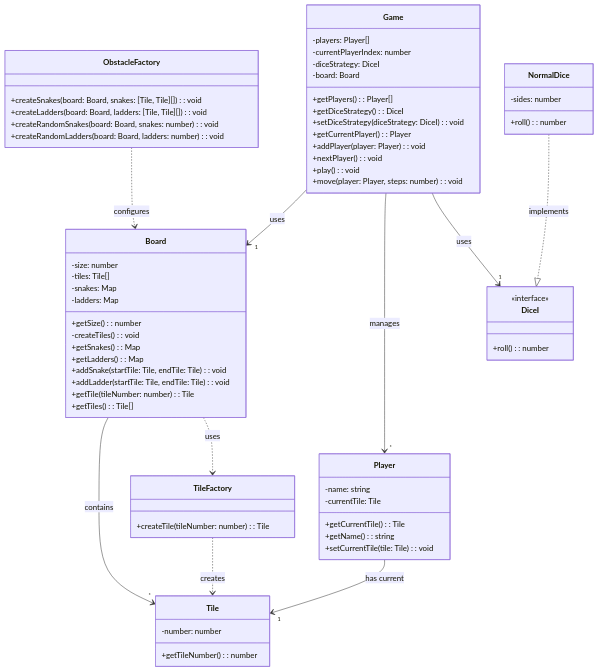
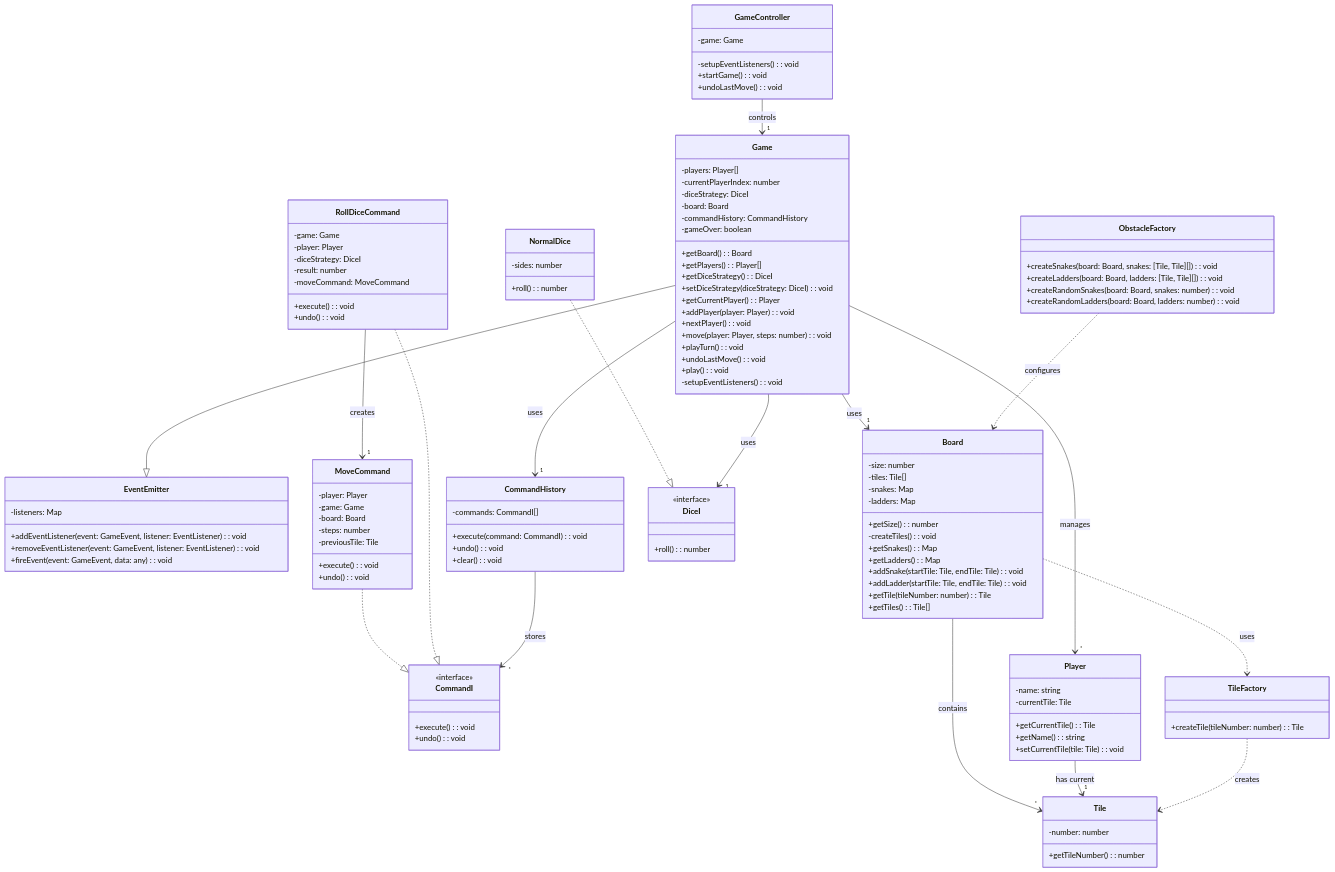
The diagram in Snake-Ladder/Readme.md (kashaf12/LLD-in-Typescript), drawn with Mermaid before and after one commit. The commit also changed other lines of this file and 8 other files, not shown here.

````diff
--- a/Snake-Ladder/Readme.md
+++ b/Snake-Ladder/Readme.md
@@ -50,20 +162,70 @@
 ```mermaid
 classDiagram
+    %% Core Game Classes
     class Game {
         -players: Player[]
         -currentPlayerIndex: number
         -diceStrategy: DiceI
         -board: Board
+        -commandHistory: CommandHistory
+        -gameOver: boolean
+        +getBoard(): Board
         +getPlayers(): Player[]
         +getDiceStrategy(): DiceI
         +setDiceStrategy(diceStrategy: DiceI): void
         +getCurrentPlayer(): Player
         +addPlayer(player: Player): void
         +nextPlayer(): void
+        +move(player: Player, steps: number): void
+        +playTurn(): void
+        +undoLastMove(): void
         +play(): void
-        +move(player: Player, steps: number): void
+        -setupEventListeners(): void
     }
 
+    %% Event System
+    class EventEmitter {
+        -listeners: Map<GameEvent, EventListener[]>
+        +addEventListener(event: GameEvent, listener: EventListener): void
+        +removeEventListener(event: GameEvent, listener: EventListener): void
+        +fireEvent(event: GameEvent, data: any): void
+    }
+
+    %% Command Pattern
+    class CommandHistory {
+        -commands: CommandI[]
+        +execute(command: CommandI): void
+        +undo(): void
+        +clear(): void
+    }
+
+    class CommandI {
+        <<interface>>
+        +execute(): void
+        +undo(): void
+    }
+
+    class MoveCommand {
+        -player: Player
+        -game: Game
+        -board: Board
+        -steps: number
+        -previousTile: Tile
+        +execute(): void
+        +undo(): void
+    }
+
+    class RollDiceCommand {
+        -game: Game
+        -player: Player
+        -diceStrategy: DiceI
+        -result: number
+        -moveCommand: MoveCommand
+        +execute(): void
+        +undo(): void
+    }
+
+    %% Board & Tile
     class Board {
         -size: number
         -tiles: Tile[]
@@ -88,6 +250,7 @@
         +createTile(tileNumber: number): Tile
     }
 
+    %% Player
     class Player {
         -name: string
         -currentTile: Tile
@@ -96,6 +259,7 @@
         +setCurrentTile(tile: Tile): void
     }
 
+    %% Dice Strategy
     class DiceI {
         <<interface>>
         +roll(): number
@@ -106,6 +270,7 @@
         +roll(): number
     }
 
+    %% Obstacle Factory
     class ObstacleFactory {
         +createSnakes(board: Board, snakes: [Tile, Tile][]): void
         +createLadders(board: Board, ladders: [Tile, Tile][]): void
@@ -113,13 +278,31 @@
         +createRandomLadders(board: Board, ladders: number): void
     }
 
-    Game --> "1" Board: uses
-    Game --> "*" Player: manages
-    Game --> "1" DiceI: uses
-    Board --> "*" Tile: contains
-    Player --> "1" Tile: has current
-    NormalDice ..|> DiceI: implements
-    ObstacleFactory ..> Board: configures
-    TileFactory ..> Tile: creates
-    Board ..> TileFactory: uses
+    %% Controller
+    class GameController {
+        -game: Game
+        -setupEventListeners(): void
+        +startGame(): void
+        +undoLastMove(): void
+    }
+
+    %% Inheritance
+    Game --|> EventEmitter
+    NormalDice ..|> DiceI
+    MoveCommand ..|> CommandI
+    RollDiceCommand ..|> CommandI
+
+    %% Associations
+    Game --> "1" Board : uses
+    Game --> "*" Player : manages
+    Game --> "1" DiceI : uses
+    Game --> "1" CommandHistory : uses
+    Board --> "*" Tile : contains
+    Player --> "1" Tile : has current
+    ObstacleFactory ..> Board : configures
+    TileFactory ..> Tile : creates
+    Board ..> TileFactory : uses
+    GameController --> "1" Game : controls
+    CommandHistory --> "*" CommandI : stores
+    RollDiceCommand --> "1" MoveCommand : creates
 ```
````
